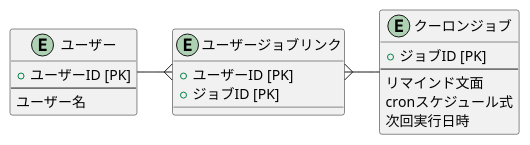
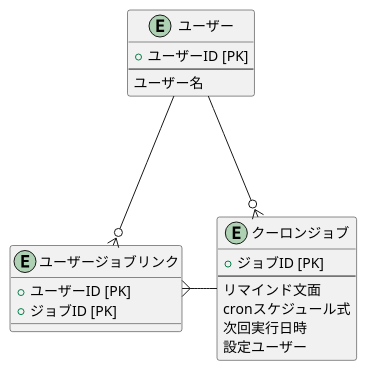
Before and after one commit to cashev/praha-challenge: the diagram in db-model/lesson04/task01.pu, drawn with PlantUML. The commit also changed 1 other file, not shown here.

```diff
--- a/db-model/lesson04/task01.pu
+++ b/db-model/lesson04/task01.pu
@@ -1,46 +1,48 @@
 @startuml
 
 /'
   ユーザー
   クーロンジョブ
   ユーザー_ジョブ_リンク
  '/
 
 
 entity "ユーザー" as users {
   + ユーザーID [PK]
   --
   ユーザー名
 }
 
 entity "クーロンジョブ" as cronjobs {
   + ジョブID [PK]
   --
   リマインド文面
   cronスケジュール式
   次回実行日時
+  設定ユーザー
 }
 
 entity "ユーザージョブリンク" as user_job_links {
   + ユーザーID [PK]
   + ジョブID [PK]
 }
 
 /'
 関係性
 ------   :1
 ----||   :1 and only 1
 ----o|   :0 or 1
 -----{   :many
 ----|{   :1 or more
 ----o{   :0 or many
 
 entityの位置
 ri ...right
 le ...left
 do ...down
 '/
-users --ri-{ user_job_links
+users --do-o{ user_job_links
+users --do-o{ cronjobs
 user_job_links }-ri-- cronjobs
 
 @enduml
```
